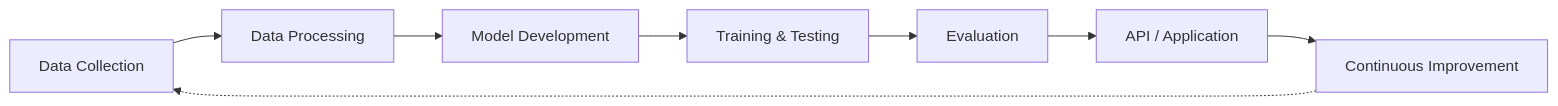
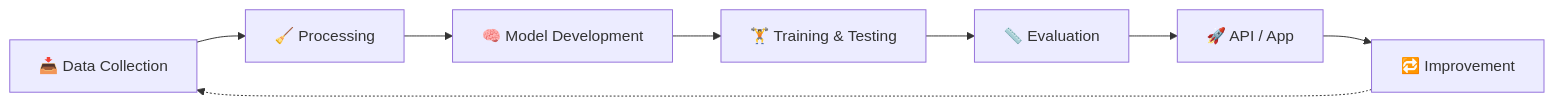
One commit to HadiaWaheed/HadiaWaheed changed the diagram in README.md. Above: the diagram before and after it, drawn with Mermaid. The commit also changed other lines of this file, not shown here.

````diff
--- a/README.md
+++ b/README.md
@@ -160,10 +163,10 @@
 ```mermaid
 flowchart LR
-    A[Data Collection] --> B[Data Processing]
-    B --> C[Model Development]
-    C --> D[Training & Testing]
-    D --> E[Evaluation]
-    E --> F[API / Application]
-    F --> G[Continuous Improvement]
+    A[📥 Data Collection] --> B[🧹 Processing]
+    B --> C[🧠 Model Development]
+    C --> D[🏋️ Training & Testing]
+    D --> E[📏 Evaluation]
+    E --> F[🚀 API / App]
+    F --> G[🔁 Improvement]
     G -.-> A
 ```
````
